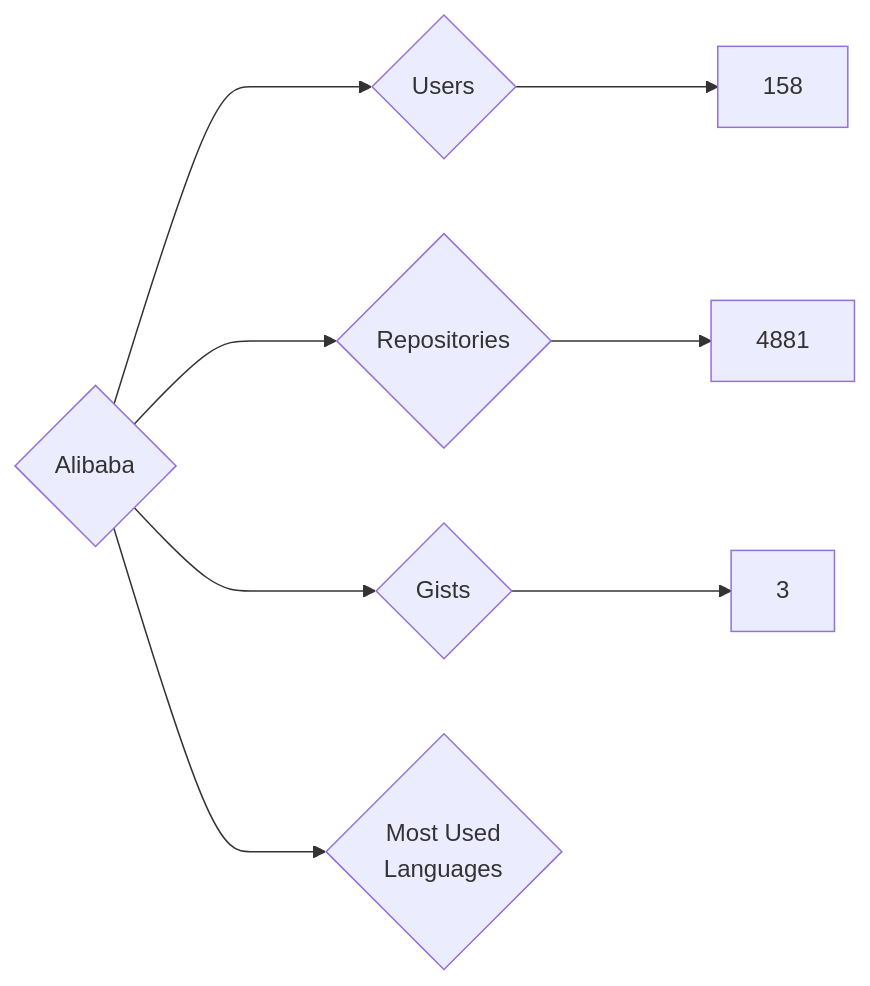
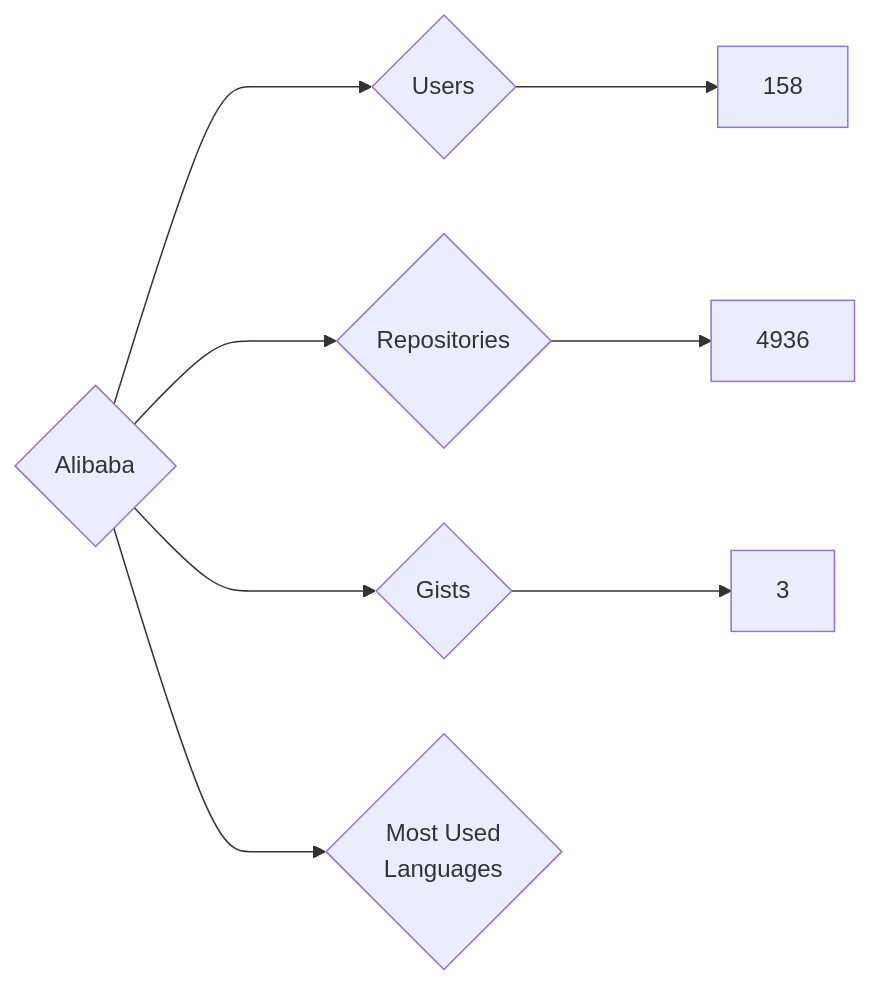
One commit to nenadzaric/insiders changed the diagram in targets/Alibaba/README.md. Above: the diagram before and after it, drawn with Mermaid. The commit also changed 2877 other files, not shown here.

````diff
--- a/targets/Alibaba/README.md
+++ b/targets/Alibaba/README.md
@@ -3,8 +3,8 @@
 ```mermaid
 graph LR
 COMPANY_NAME{Alibaba}
 COMPANY_NAME ---> U{Users} ---> UN[158]
-COMPANY_NAME ---> R{Repositories} ---> RN[4881]
+COMPANY_NAME ---> R{Repositories} ---> RN[4936]
 COMPANY_NAME ---> G{Gists} ---> GN[3]
 COMPANY_NAME ---> ML{Most Used<br>Languages}
 ```
````
